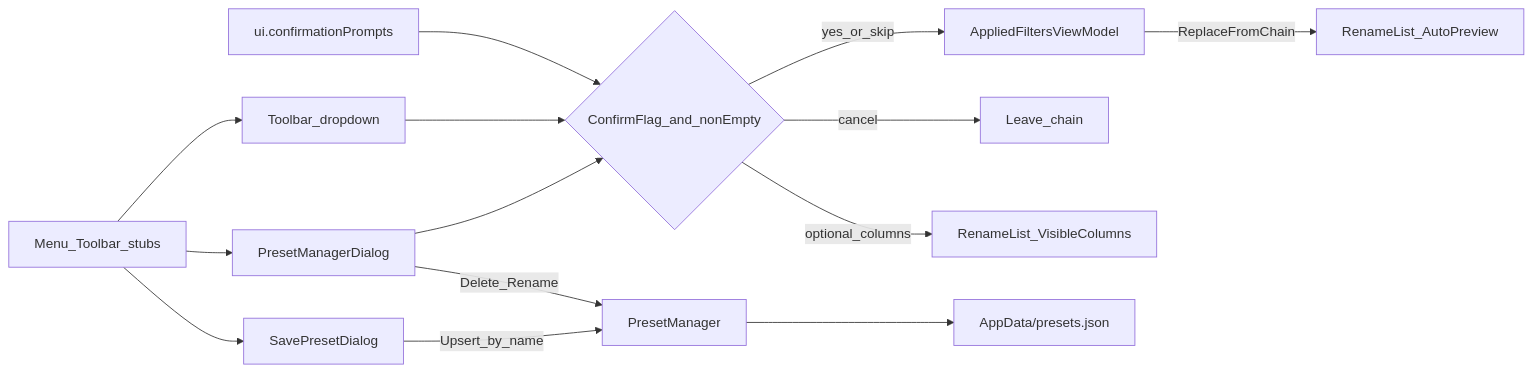
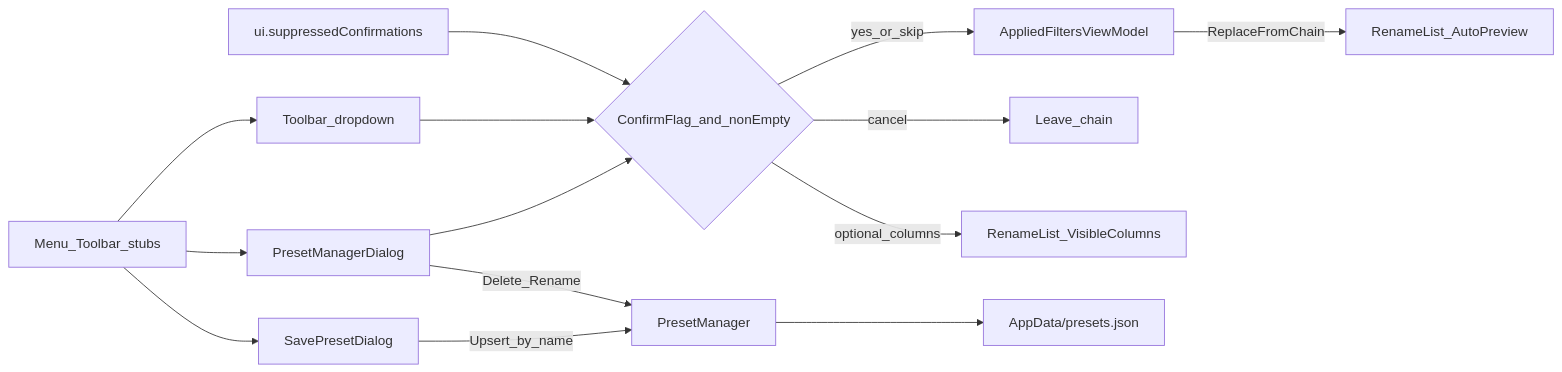
The diagram in docs/plans/presets-ui.plan.md (davidohana/finebytes), drawn with Mermaid before and after one commit. The commit also changed other lines of this file and 8 other files, not shown here.

Commit message:
Document per-dialog confirmation suppressions and retarget plans that still cited confirmationPrompts.

````diff
--- a/docs/plans/presets-ui.plan.md
+++ b/docs/plans/presets-ui.plan.md
@@ -45,16 +45,16 @@
 ```mermaid
 flowchart LR
   stubs[Menu_Toolbar_stubs] --> mgr[PresetManagerDialog]
   stubs --> saveDlg[SavePresetDialog]
   saveDlg -->|Upsert_by_name| pm[PresetManager]
   mgr --> confirmGate{ConfirmFlag_and_nonEmpty}
   stubs --> quickPick[Toolbar_dropdown]
   quickPick --> confirmGate
   confirmGate -->|yes_or_skip| applied[AppliedFiltersViewModel]
   confirmGate -->|cancel| stay[Leave_chain]
   applied -->|ReplaceFromChain| preview[RenameList_AutoPreview]
   confirmGate -->|optional_columns| rlCols[RenameList_VisibleColumns]
   mgr -->|Delete_Rename| pm
   pm --> json["AppData/presets.json"]
-  cfg["ui.confirmationPrompts"] --> confirmGate
+  cfg["ui.suppressedConfirmations"] --> confirmGate
 ```
````
